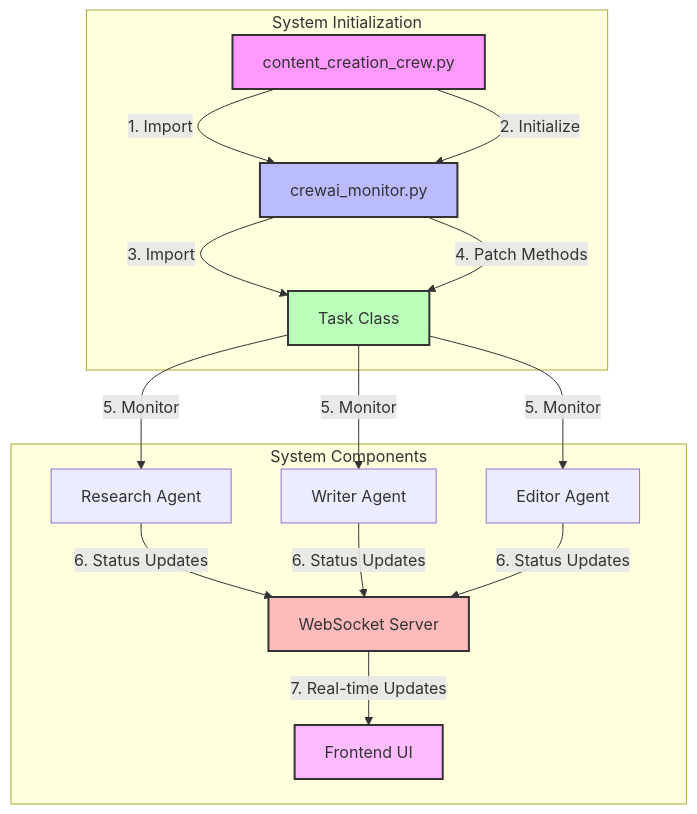
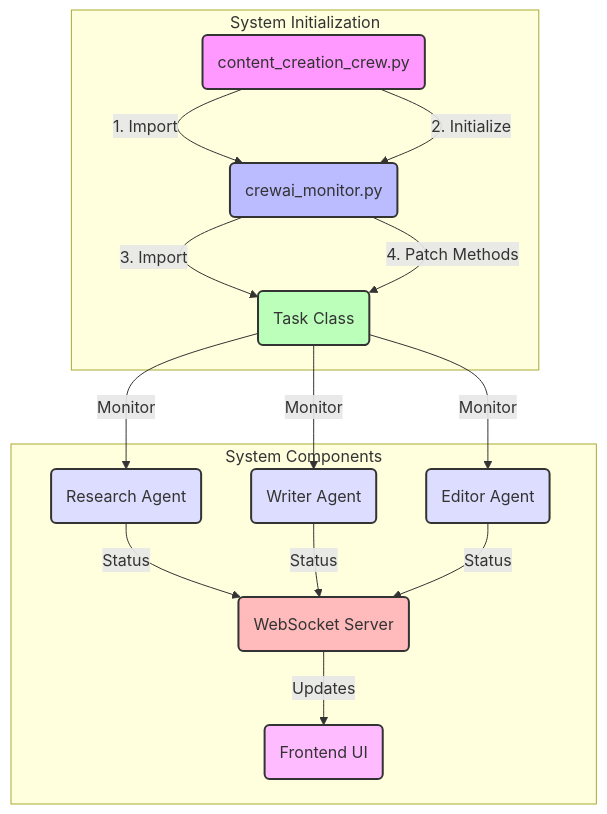
The first of 2 diagrams in docs/monitoring_architecture.md (padak/crewai_demo), drawn with Mermaid before and after one commit.

Commit message:
docs: simplify initialization flow diagram syntax

````diff
--- a/docs/monitoring_architecture.md
+++ b/docs/monitoring_architecture.md
@@ -17,32 +17,46 @@
 ```mermaid
-graph TB
-    subgraph Initialization [System Initialization]
-        CC[content_creation_crew.py]
-        CM[crewai_monitor.py]
-        TC[Task Class]
-        CC -->|1. Import| CM
-        CC -->|2. Initialize| CM
-        CM -->|3. Import| TC
-        CM -->|4. Patch Methods| TC
+flowchart TB
+    %% Main components
+    CC(content_creation_crew.py)
+    CM(crewai_monitor.py)
+    TC(Task Class)
+    RA(Research Agent)
+    WA(Writer Agent)
+    EA(Editor Agent)
+    WS(WebSocket Server)
+    UI(Frontend UI)
+
+    %% System Initialization
+    subgraph init[System Initialization]
+        CC --> |1. Import| CM
+        CC --> |2. Initialize| CM
+        CM --> |3. Import| TC
+        CM --> |4. Patch Methods| TC
     end
 
-    subgraph Components [System Components]
-        RA[Research Agent]
-        WA[Writer Agent]
-        EA[Editor Agent]
-        WS[WebSocket Server]
-        UI[Frontend UI]
+    %% System Components
+    subgraph comp[System Components]
+        TC --> |Monitor| RA
+        TC --> |Monitor| WA
+        TC --> |Monitor| EA
+        RA --> |Status| WS
+        WA --> |Status| WS
+        EA --> |Status| WS
+        WS --> |Updates| UI
     end
 
-    TC -->|5. Monitor| RA
-    TC -->|5. Monitor| WA
-    TC -->|5. Monitor| EA
-    RA & WA & EA -->|6. Status Updates| WS
-    WS -->|7. Real-time Updates| UI
+    %% Styling
+    classDef primary fill:#f9f,stroke:#333,stroke-width:2px
+    classDef secondary fill:#bbf,stroke:#333,stroke-width:2px
+    classDef task fill:#bfb,stroke:#333,stroke-width:2px
+    classDef agent fill:#ddf,stroke:#333,stroke-width:2px
+    classDef server fill:#fbb,stroke:#333,stroke-width:2px
+    classDef ui fill:#fbf,stroke:#333,stroke-width:2px
 
-    style CC fill:#f9f,stroke:#333,stroke-width:2px
-    style CM fill:#bbf,stroke:#333,stroke-width:2px
-    style TC fill:#bfb,stroke:#333,stroke-width:2px
-    style WS fill:#fbb,stroke:#333,stroke-width:2px
-    style UI fill:#fbf,stroke:#333,stroke-width:2px
+    class CC primary
+    class CM secondary
+    class TC task
+    class RA,WA,EA agent
+    class WS server
+    class UI ui
 ```
````
